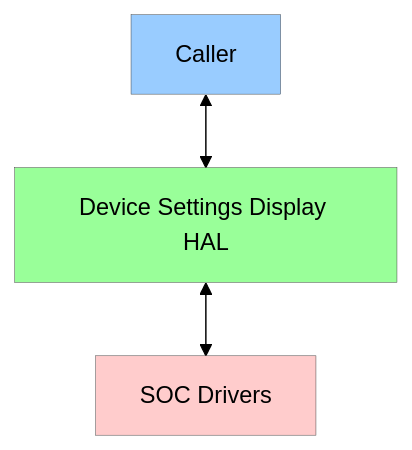
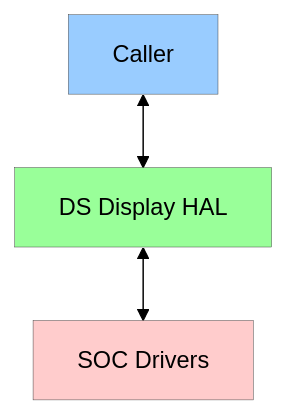
Before and after one commit to rdkcentral/rdk-halif-device_settings: the first of 2 diagrams in docs/pages/ds-display_halSpec.md, drawn with Mermaid. The commit also changed other lines of this file, not shown here.

````diff
--- a/docs/pages/ds-display_halSpec.md
+++ b/docs/pages/ds-display_halSpec.md
@@ -49,9 +49,9 @@
 ```mermaid
 %%{ init : { "theme" : "forest", "flowchart" : { "curve" : "linear" }}}%%
 flowchart TD
 y[Caller]<-->x[Device Settings Display HAL];
-x[Device Settings Display HAL]<-->z[SOC Drivers];
+x[DS Display HAL]<-->z[SOC Drivers];
 style y fill:#99CCFF,stroke:#333,stroke-width:0.3px,align:left
 style z fill:#fcc,stroke:#333,stroke-width:0.3px,align:left
 style x fill:#9f9,stroke:#333,stroke-width:0.3px,align:left
  ```
````
